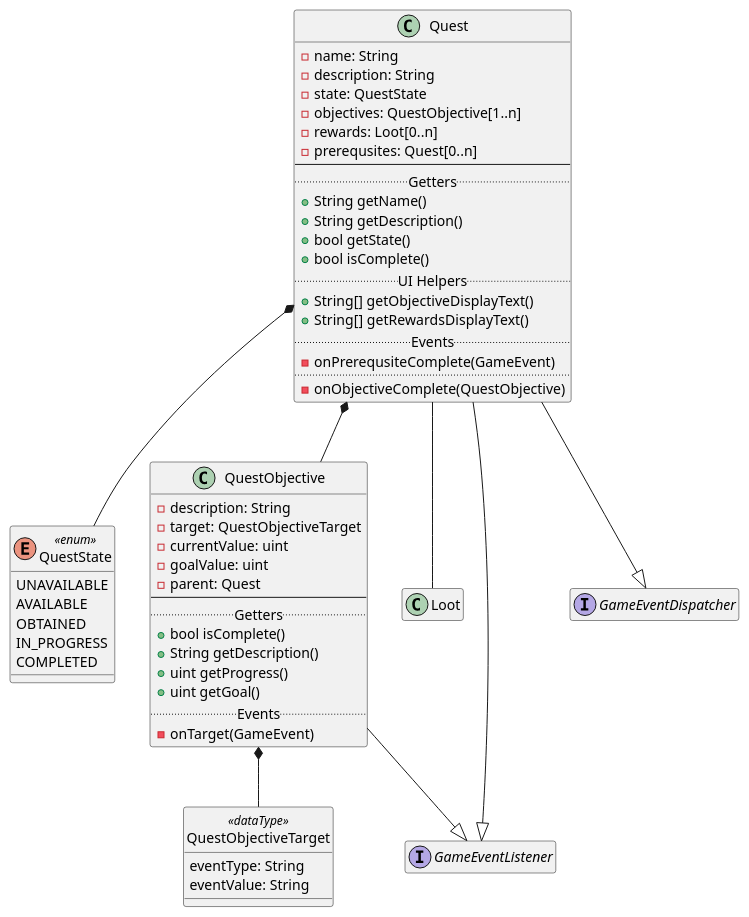
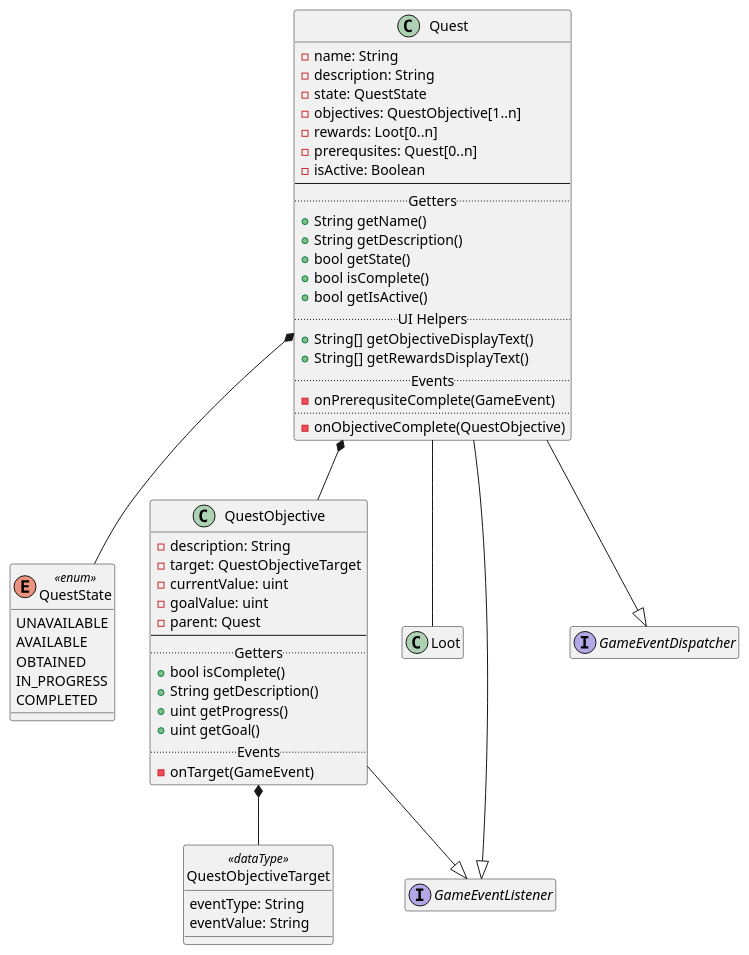
The diagram in quest-system-class-diagram.wsd (zachwlewis/6ft), drawn with PlantUML before and after one commit. The commit also changed 3 other files, not shown here.

```diff
--- a/quest-system-class-diagram.wsd
+++ b/quest-system-class-diagram.wsd
@@ -1,69 +1,71 @@
 @startuml
 Quest *-- QuestState
 Quest *-- QuestObjective
 Quest -- Loot
 QuestObjective *-- QuestObjectiveTarget
 Quest --|> GameEventListener
 Quest --|> GameEventDispatcher
 QuestObjective --|> GameEventListener
 
 interface GameEventListener
 interface GameEventDispatcher
 
 class Quest {
     - name: String
     - description: String
     - state: QuestState
     - objectives: QuestObjective[1..n]
     - rewards: Loot[0..n]
     - prerequsites: Quest[0..n]
+    - isActive: Boolean
     --
     .. Getters ..
     + String getName()
     + String getDescription()
     + bool getState()
     + bool isComplete()
+    + bool getIsActive()
     .. UI Helpers ..
     + String[] getObjectiveDisplayText()
     + String[] getRewardsDisplayText()
     .. Events ..
     - onPrerequsiteComplete(GameEvent)
     ..
     - onObjectiveComplete(QuestObjective)
 }
 
 class QuestObjective {
     - description: String
     - target: QuestObjectiveTarget
     - currentValue: uint
     - goalValue: uint
     - parent: Quest
     --
     .. Getters ..
     + bool isComplete()
     + String getDescription()
     + uint getProgress()
     + uint getGoal()
     .. Events ..
     - onTarget(GameEvent)
 }
 
 enum QuestState <<enum>> {
     UNAVAILABLE
     AVAILABLE  
     OBTAINED   
     IN_PROGRESS
     COMPLETED 
 }
 
 class QuestObjectiveTarget <<dataType>> {
     eventType: String
     eventValue: String
 }
 
 hide QuestObjectiveTarget circle
 hide interface methods
 hide interface fields
 hide Loot methods
 hide Loot fields
 @enduml
```
